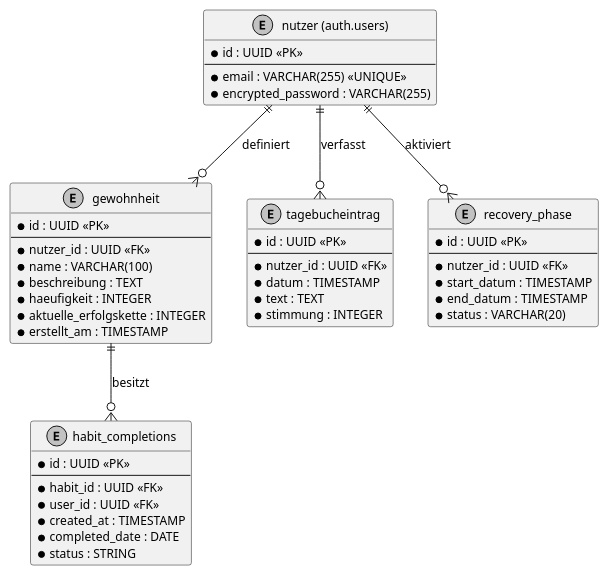
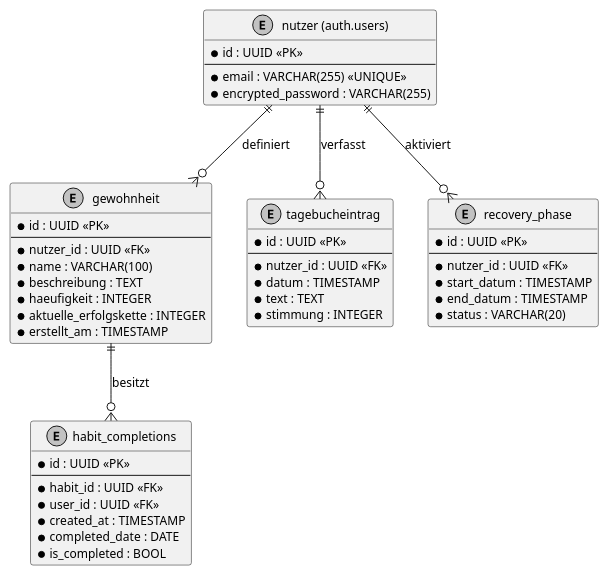
Before and after one commit to stttxxnn/se1-habittracker: the diagram in docs/technical/plantuml/data-model.puml, drawn with PlantUML. The commit also changed 1 other file, not shown here.

```diff
--- a/docs/technical/plantuml/data-model.puml
+++ b/docs/technical/plantuml/data-model.puml
@@ -1,56 +1,56 @@
 @startuml
 skinparam monochrome true
 skinparam defaultFontSize 12
 
 entity "nutzer (auth.users)" as user {
   * id : UUID <<PK>>
   --
   * email : VARCHAR(255) <<UNIQUE>>
   * encrypted_password : VARCHAR(255)
 }
 
 entity "gewohnheit" as habit {
   * id : UUID <<PK>>
   --
   * nutzer_id : UUID <<FK>>
   * name : VARCHAR(100)
   * beschreibung : TEXT
   * haeufigkeit : INTEGER
   * aktuelle_erfolgskette : INTEGER
   * erstellt_am : TIMESTAMP
 }
 
 entity "habit_completions" as execution {
   * id : UUID <<PK>>
   --
   * habit_id : UUID <<FK>>
   * user_id : UUID <<FK>>
   * created_at : TIMESTAMP
   * completed_date : DATE
-  * status : STRING
+  * is_completed : BOOL
 }
 
 entity "tagebucheintrag" as journal {
   * id : UUID <<PK>>
   --
   * nutzer_id : UUID <<FK>>
   * datum : TIMESTAMP
   * text : TEXT
   * stimmung : INTEGER
 }
 
 entity "recovery_phase" as recovery {
   * id : UUID <<PK>>
   --
   * nutzer_id : UUID <<FK>>
   * start_datum : TIMESTAMP
   * end_datum : TIMESTAMP
   * status : VARCHAR(20)
 }
 
 user ||--o{ habit : "definiert"
 habit ||--o{ execution : "besitzt"
 user ||--o{ journal : "verfasst"
 user ||--o{ recovery : "aktiviert"
 
 @enduml
```
